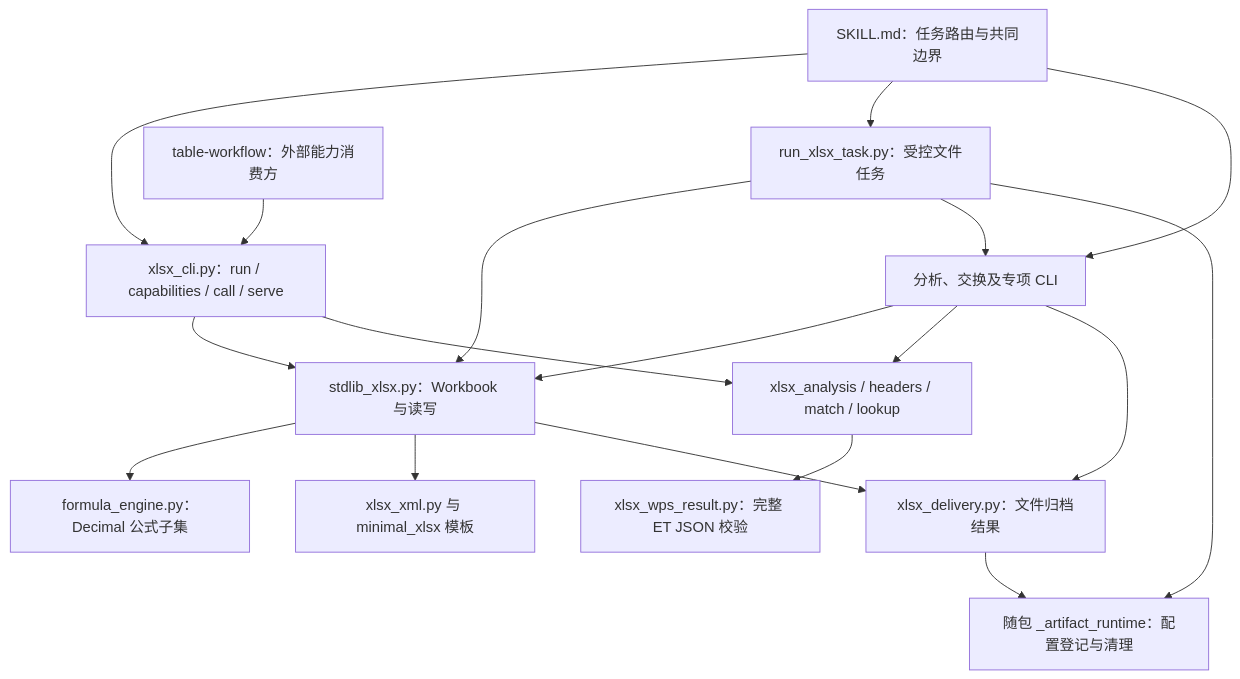
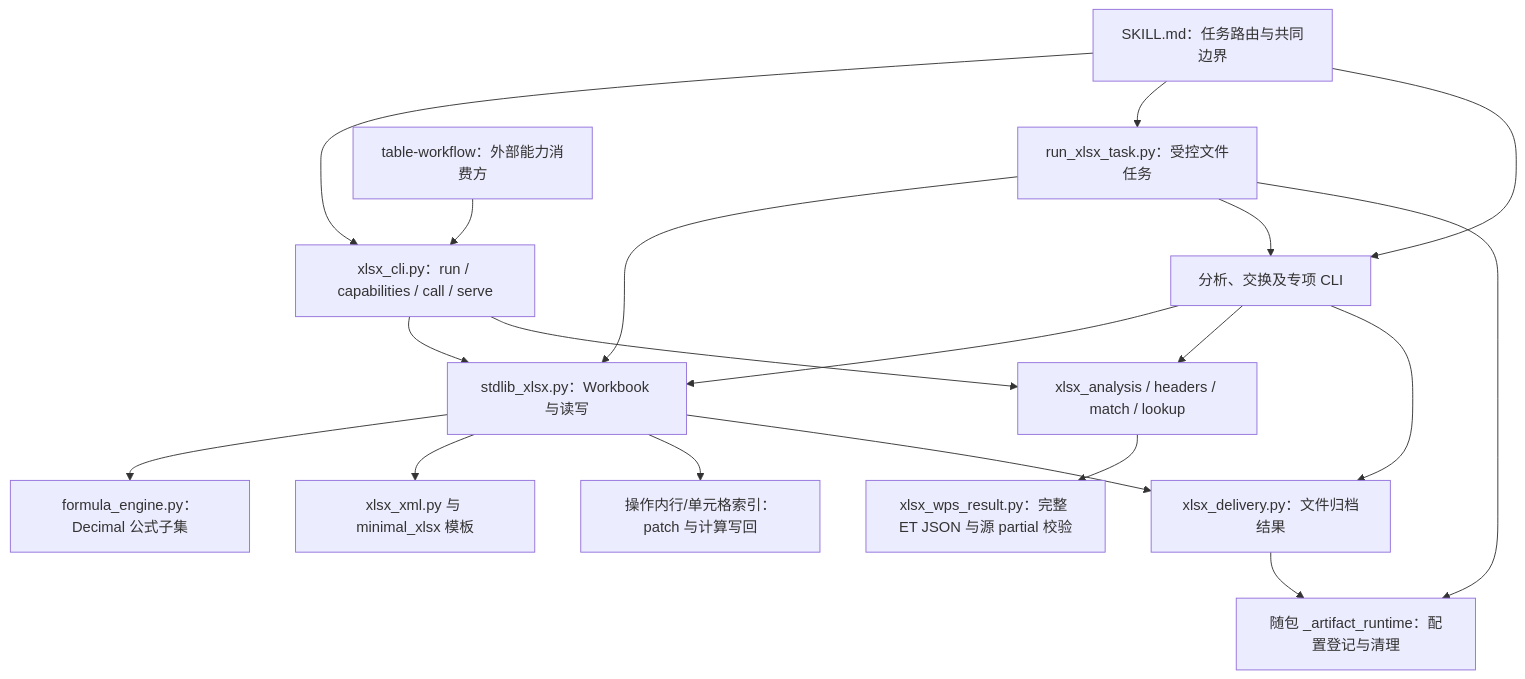
Before and after one commit to JohnParken/PSL-SKILLS: the first of 2 diagrams in docs/skills/xlsx.md, drawn with Mermaid. The commit also changed other lines of this file and 17 other files, not shown here.

````diff
--- a/docs/skills/xlsx.md
+++ b/docs/skills/xlsx.md
@@ -22,20 +22,21 @@
 ```mermaid
 flowchart TD
     A["SKILL.md：任务路由与共同边界"] --> B["xlsx_cli.py：run / capabilities / call / serve"]
     A --> C["run_xlsx_task.py：受控文件任务"]
     A --> D["分析、交换及专项 CLI"]
     B --> E["stdlib_xlsx.py：Workbook 与读写"]
     B --> F["xlsx_analysis / headers / match / lookup"]
     C --> E
     C --> D
     D --> E
     D --> F
     E --> G["formula_engine.py：Decimal 公式子集"]
     E --> H["xlsx_xml.py 与 minimal_xlsx 模板"]
-    F --> I["xlsx_wps_result.py：完整 ET JSON 校验"]
+    E --> W["操作内行/单元格索引：patch 与计算写回"]
+    F --> I["xlsx_wps_result.py：完整 ET JSON 与源 partial 校验"]
     E --> J["xlsx_delivery.py：文件归档结果"]
     D --> J
     C --> K["随包 _artifact_runtime：配置登记与清理"]
     J --> K
     L["table-workflow：外部能力消费方"] --> B
 ```
````
